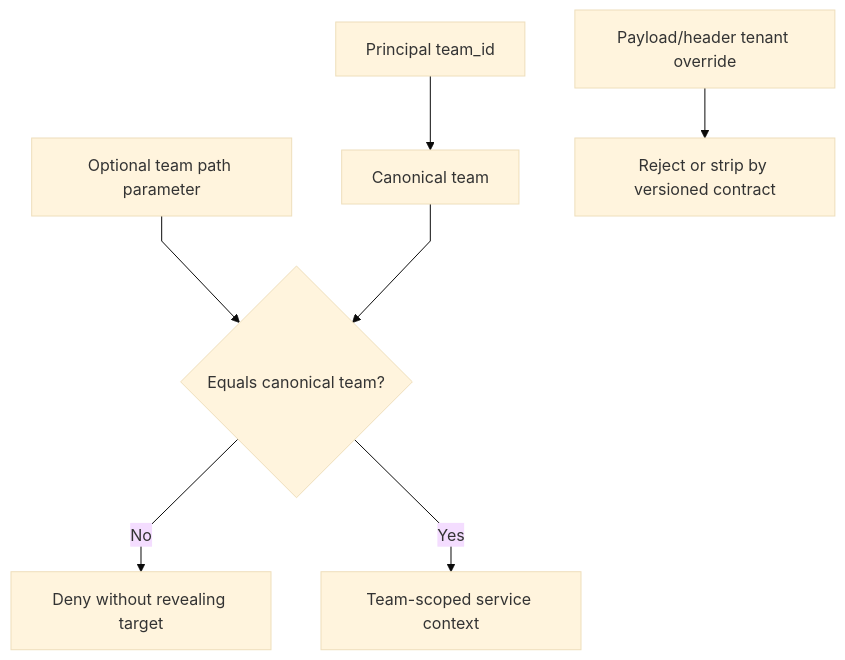
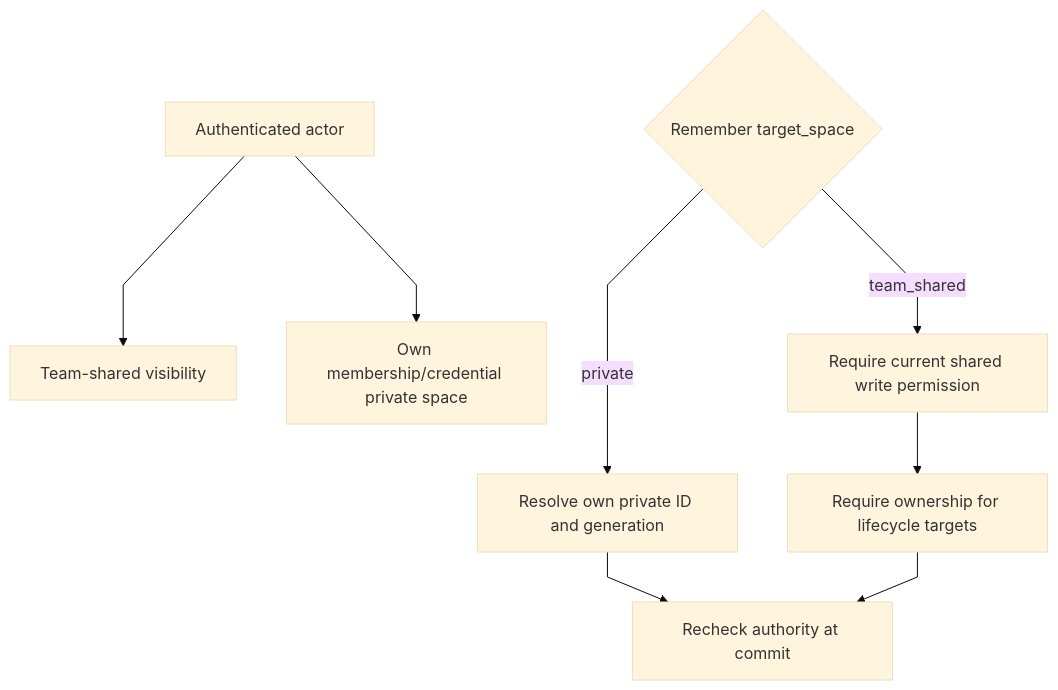
One commit to markhuangai/dense-mem changed the fourth of 4 diagrams in Request-Lifecycle-And-Security.md. Above: the diagram before and after it, drawn with Mermaid (base theme). The commit also changed other lines of this file and 34 other files, not shown here.

````diff
--- a/Request-Lifecycle-And-Security.md
+++ b/Request-Lifecycle-And-Security.md
@@ -216,10 +94,11 @@
 ```mermaid
 %%{init: {"flowchart": {"curve": "linear"}}}%%
-flowchart TD
-  Principal["Principal team_id"] --> Canonical["Canonical team"]
-  Path["Optional team path parameter"] --> Compare{"Equals canonical team?"}
-  Canonical --> Compare
-  Compare -- No --> Deny["Deny without revealing target"]
-  Compare -- Yes --> Context["Team-scoped service context"]
-  Payload["Payload/header tenant override"] --> Reject["Reject or strip by versioned contract"]
+flowchart TB
+  Actor["Authenticated actor"] --> Shared["Team-shared visibility"]
+  Actor --> Private["Own membership/credential private space"]
+  Target{"Remember target_space"} -->|"private"| Own["Resolve own private ID and generation"]
+  Target -->|"team_shared"| Write["Require current shared write permission"]
+  Own --> Fence["Recheck authority at commit"]
+  Write --> Owner["Require ownership for lifecycle targets"]
+  Owner --> Fence
 ```
````
